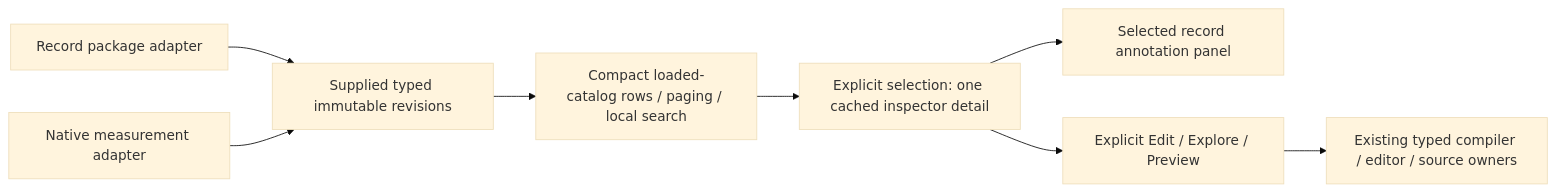
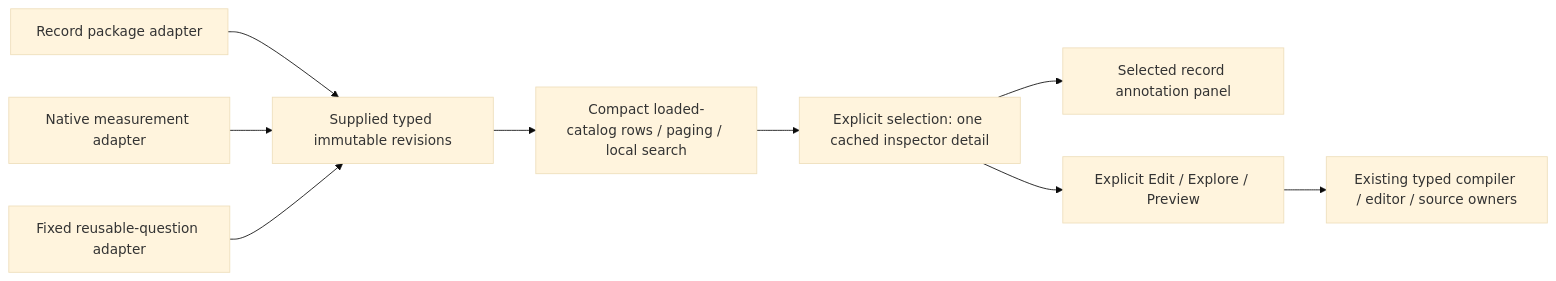
Before and after one commit to casselc/goo: the diagram in docs/DEFINITION_LIBRARY.md, drawn with Mermaid (base theme). The commit also changed other lines of this file and 24 other files, not shown here.

````diff
--- a/docs/DEFINITION_LIBRARY.md
+++ b/docs/DEFINITION_LIBRARY.md
@@ -27,10 +27,11 @@
 ```mermaid
 flowchart LR
   Records[Record package adapter] --> Data[Supplied typed immutable revisions]
   Native[Native measurement adapter] --> Data
+  Fixed[Fixed reusable-question adapter] --> Data
   Data --> Rows[Compact loaded-catalog rows / paging / local search]
   Rows --> Inspect[Explicit selection: one cached inspector detail]
   Inspect --> Meaning[Selected record annotation panel]
   Inspect --> Actions[Explicit Edit / Explore / Preview]
   Actions --> Owners[Existing typed compiler / editor / source owners]
 ```
````
